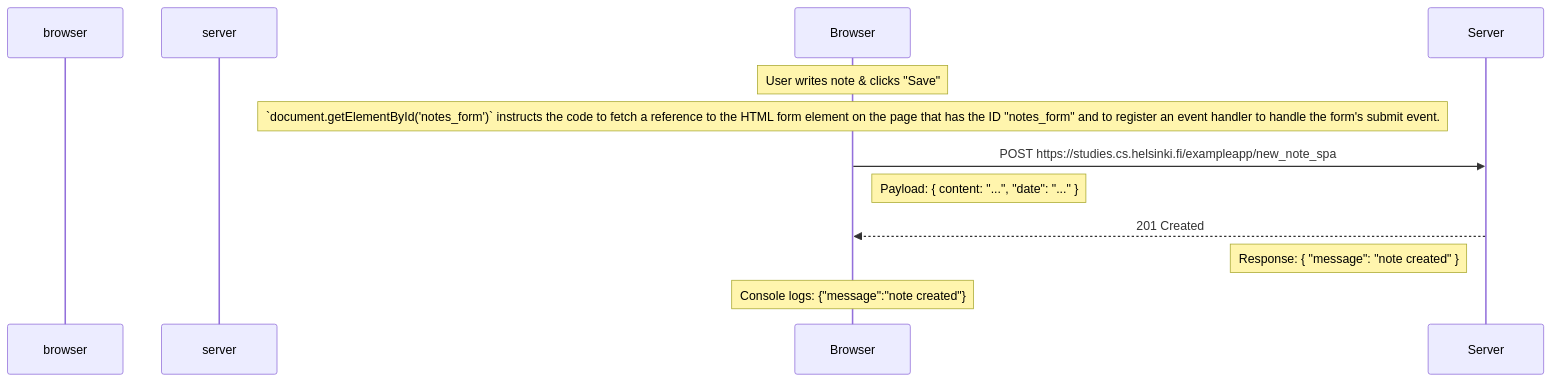
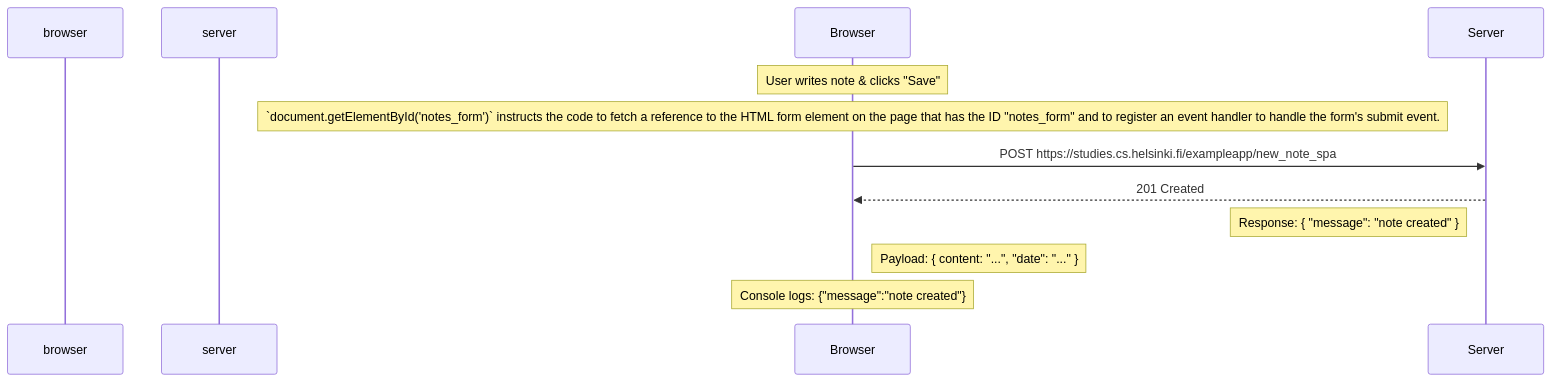
Before and after one commit to ryanblitz99/full-stack-open-part0: the diagram in exercise_6.md, drawn with Mermaid.

````diff
--- a/exercise_6.md
+++ b/exercise_6.md
@@ -1,17 +1,16 @@
 ```mermaid
 sequenceDiagram
     participant browser
     participant server
 
     Note over Browser: User writes note & clicks "Save"
     Note over Browser: `document.getElementById('notes_form')` instructs the code to fetch a reference to the HTML form element on the page that has the ID "notes_form" and to register an event handler to handle the form's submit event.
 
     Browser->>Server: POST https://studies.cs.helsinki.fi/exampleapp/new_note_spa
-    Note right of Browser: Payload: { content: "...", "date": "..." }
 
     Server-->>Browser: 201 Created
     Note left of Server: Response: { "message": "note created" }
-
+    Note right of Browser: Payload: { content: "...", "date": "..." }
     Note over Browser: Console logs: {"message":"note created"}
 
 ```
````
